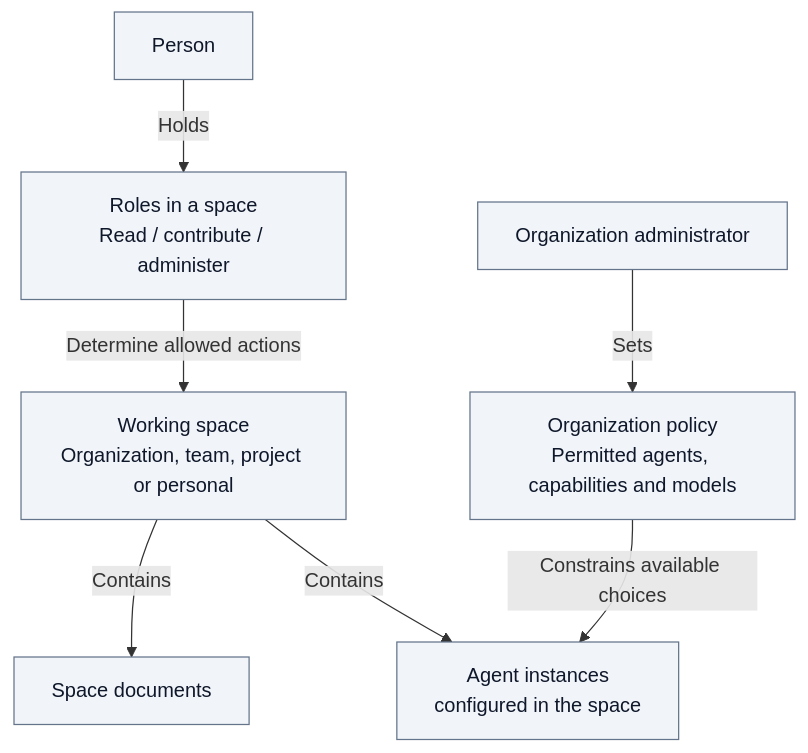
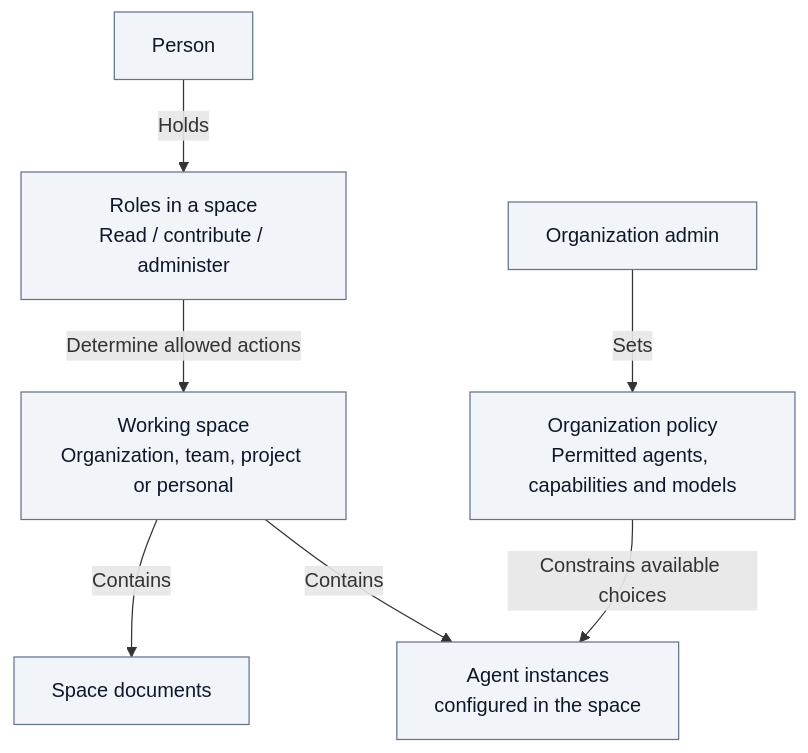
One commit to ThalesGroup/fred changed the fourth of 6 diagrams in docs/architecture/01-system-overview.md. Above: the diagram before and after it, drawn with Mermaid. The commit also changed other lines of this file and 19 other files, not shown here.

````diff
--- a/docs/architecture/01-system-overview.md
+++ b/docs/architecture/01-system-overview.md
@@ -134,19 +135,19 @@
 ```mermaid
 flowchart TB
-    admin["Organization administrator"]
+    admin["Organization admin"]
     policy["Organization policy<br/>Permitted agents, capabilities and models"]
     person["Person"]
     roles["Roles in a space<br/>Read / contribute / administer"]
     space["Working space<br/>Organization, team, project or personal"]
     documents["Space documents"]
     assistants["Agent instances<br/>configured in the space"]
     admin -->|"Sets"| policy
     person -->|"Holds"| roles
     roles -->|"Determine allowed actions"| space
     space -->|"Contains"| documents
     space -->|"Contains"| assistants
     policy -->|"Constrains available choices"| assistants
 
     classDef neutral fill:#F1F5F9,stroke:#64748B,color:#0F172A
     class admin,policy,person,roles,space,documents,assistants neutral
 ```
````
